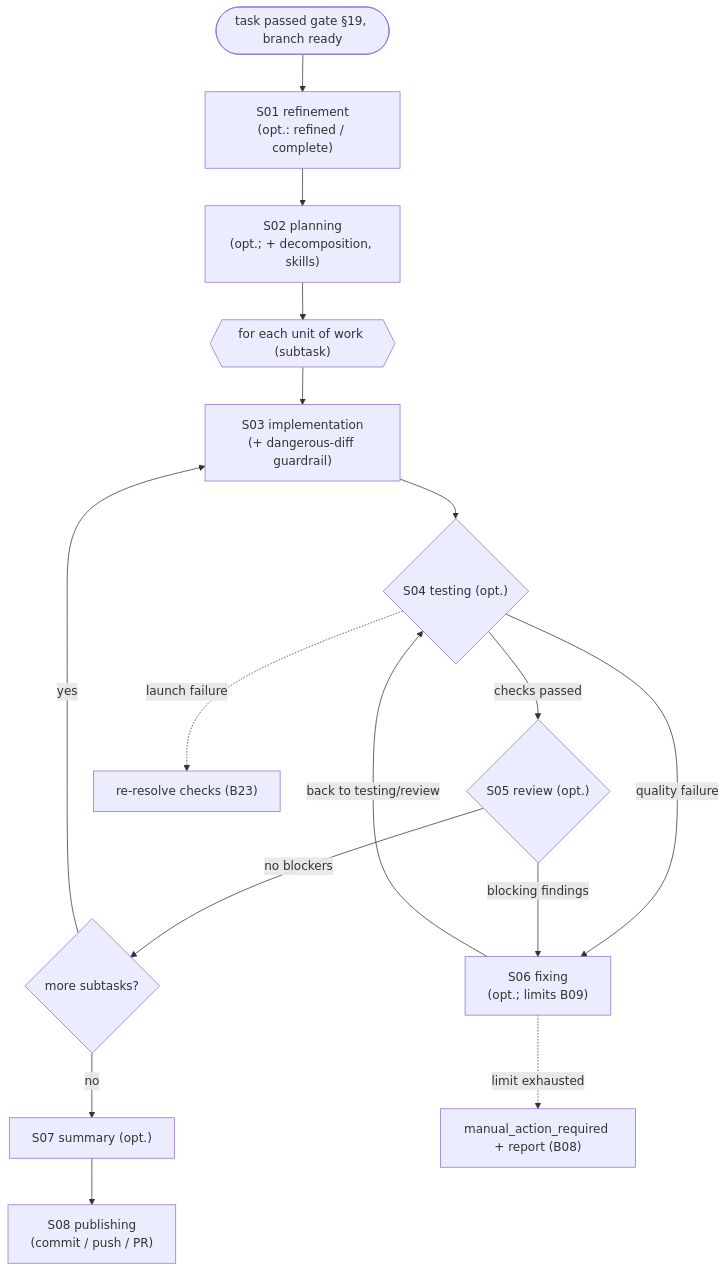
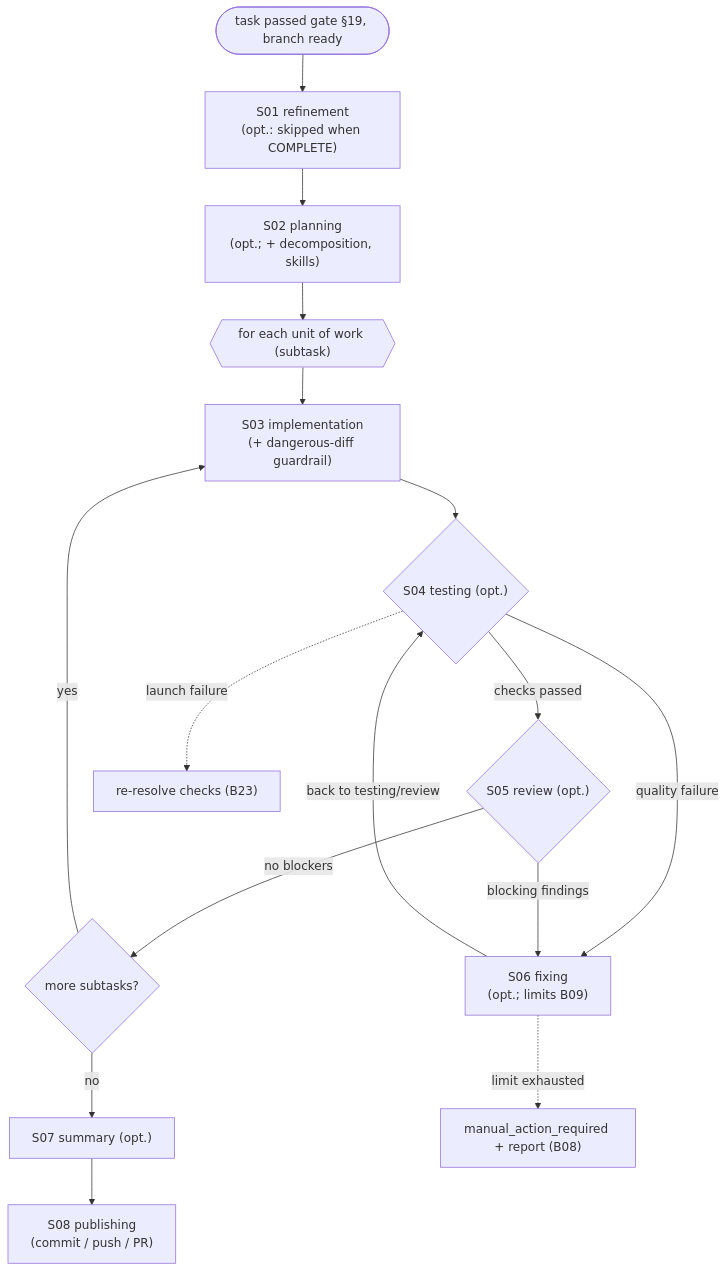
The diagram in docs/functional/flows/coding/index.md (VladimirMakarevich/wastech-orchestrator), drawn with Mermaid before and after one commit. The commit also changed other lines of this file and 64 other files, not shown here.

````diff
--- a/docs/functional/flows/coding/index.md
+++ b/docs/functional/flows/coding/index.md
@@ -9,18 +9,18 @@
 ```mermaid
 flowchart TB
-    start(["task passed gate §19, branch ready"]) --> s1["S01 refinement<br/>(opt.: refined / complete)"]
+    start(["task passed gate §19, branch ready"]) --> s1["S01 refinement<br/>(opt.: skipped when COMPLETE)"]
     s1 --> s2["S02 planning<br/>(opt.; + decomposition, skills)"]
     s2 --> unit{{"for each unit of work (subtask)"}}
     unit --> s3["S03 implementation<br/>(+ dangerous-diff guardrail)"]
     s3 --> s4{"S04 testing (opt.)"}
     s4 -->|checks passed| s5{"S05 review (opt.)"}
     s4 -->|quality failure| s6["S06 fixing<br/>(opt.; limits B09)"]
     s4 -.->|launch failure| reres["re-resolve checks (B23)"]
     s5 -->|no blockers| nextunit{"more subtasks?"}
     s5 -->|blocking findings| s6
     s6 -->|back to testing/review| s4
     nextunit -->|yes| s3
     nextunit -->|no| s7["S07 summary (opt.)"]
     s7 --> s8["S08 publishing<br/>(commit / push / PR)"]
     s6 -.->|limit exhausted| manual["manual_action_required + report (B08)"]
 ```
````
